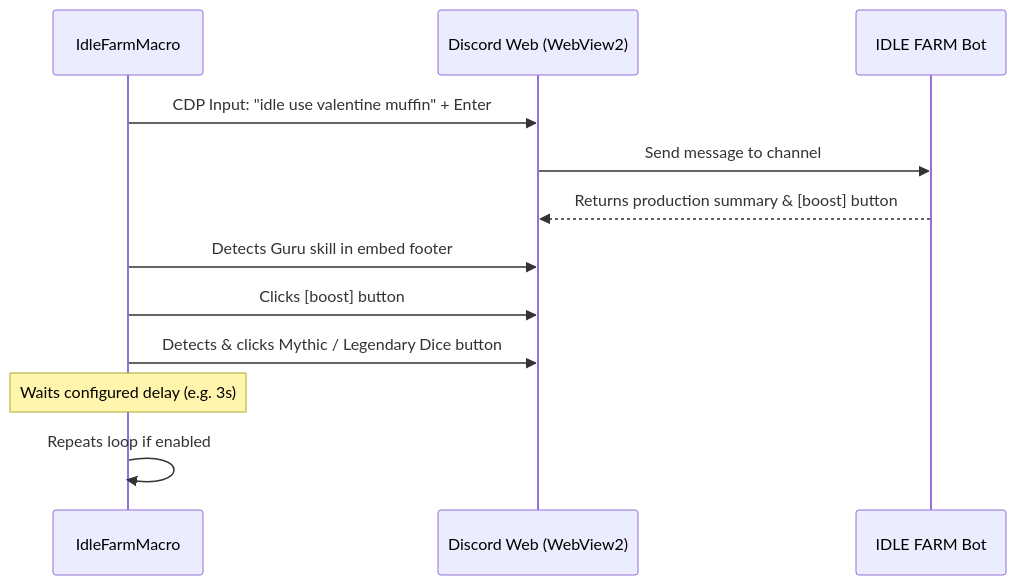
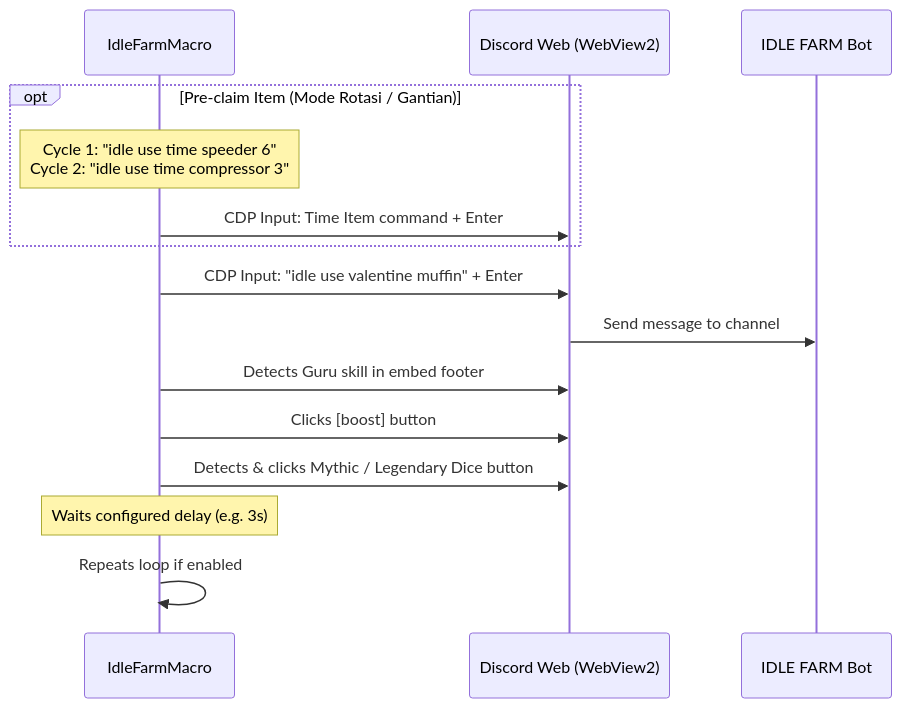
One commit to Rahmat-Rifai/IdleFarmMacro changed the diagram in README.md. Above: the diagram before and after it, drawn with Mermaid. The commit also changed other lines of this file and 3 other files, not shown here.

First line of the commit message:
feat: add pre-claim commands, settings persistence, and UI improvements

````diff
--- a/README.md
+++ b/README.md
@@ -22,15 +29,18 @@
 ```mermaid
 sequenceDiagram
     participant User/Macro as IdleFarmMacro
     participant Discord as Discord Web (WebView2)
     participant Bot as IDLE FARM Bot
 
+    opt Pre-claim Item (Mode Rotasi / Gantian)
+        Note over User/Macro: Cycle 1: "idle use time speeder 6"<br/>Cycle 2: "idle use time compressor 3"
+        User/Macro->>Discord: CDP Input: Time Item command + Enter
+    end
     User/Macro->>Discord: CDP Input: "idle use valentine muffin" + Enter
     Discord->>Bot: Send message to channel
-    Bot-->>Discord: Returns production summary & [boost] button
     User/Macro->>Discord: Detects Guru skill in embed footer
     User/Macro->>Discord: Clicks [boost] button
     User/Macro->>Discord: Detects & clicks Mythic / Legendary Dice button
     Note over User/Macro: Waits configured delay (e.g. 3s)
     User/Macro->>User/Macro: Repeats loop if enabled
 ```
````
